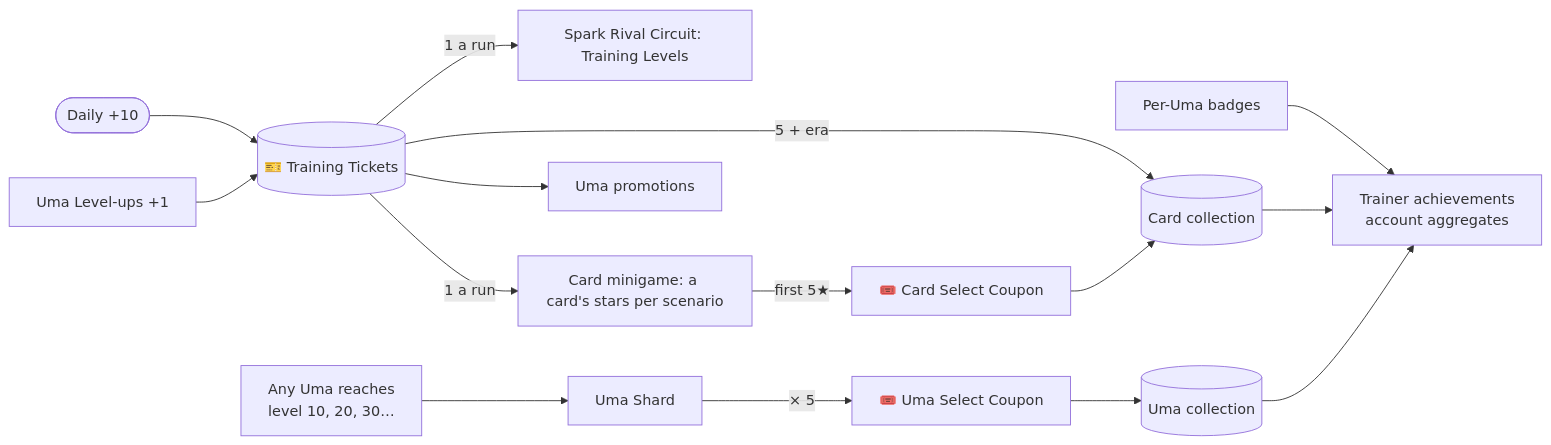
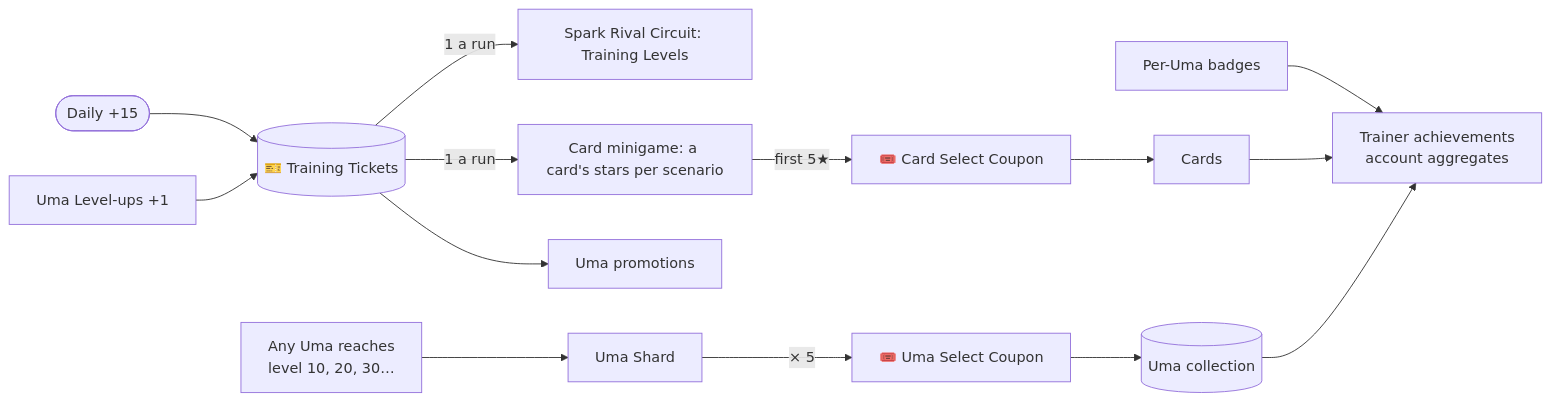
One commit to luismlorenzana/uma-racer changed the second of 2 diagrams in docs/design/00-overview.md. Above: the diagram before and after it, drawn with Mermaid. The commit also changed other lines of this file and 15 other files, not shown here.

First line of the commit message:
feat(cards): a card is unlocked only with a Card Select Coupon (D198)

````diff
--- a/docs/design/00-overview.md
+++ b/docs/design/00-overview.md
@@ -42,17 +42,16 @@
 ```mermaid
 flowchart LR
-    Daily([Daily +10]) --> Tickets[("🎫 Training Tickets")]
+    Daily([Daily +15]) --> Tickets[("🎫 Training Tickets")]
     UmaLv["Uma Level-ups +1"] --> Tickets
     Tickets -->|"1 a run"| Spark["Spark Rival Circuit: Training Levels"]
     Tickets -->|"1 a run"| Bond["Card minigame: a card's stars per scenario"]
     Bond -->|"first 5★"| CardCoupon["🎟️ Card Select Coupon"]
-    Tickets -->|"5 + era"| Cards[("Card collection")]
     CardCoupon --> Cards
     Tickets --> UmaPromo["Uma promotions"]
     Levels["Any Uma reaches<br/>level 10, 20, 30…"] --> Shards["Uma Shard"]
     Shards -->|"× 5"| UmaCoupon["🎟️ Uma Select Coupon"]
     UmaCoupon --> Umas[("Uma collection")]
     Badges["Per-Uma badges"] --> Trainer["Trainer achievements<br/>account aggregates"]
     Cards --> Trainer
     Umas --> Trainer
 ```
````
